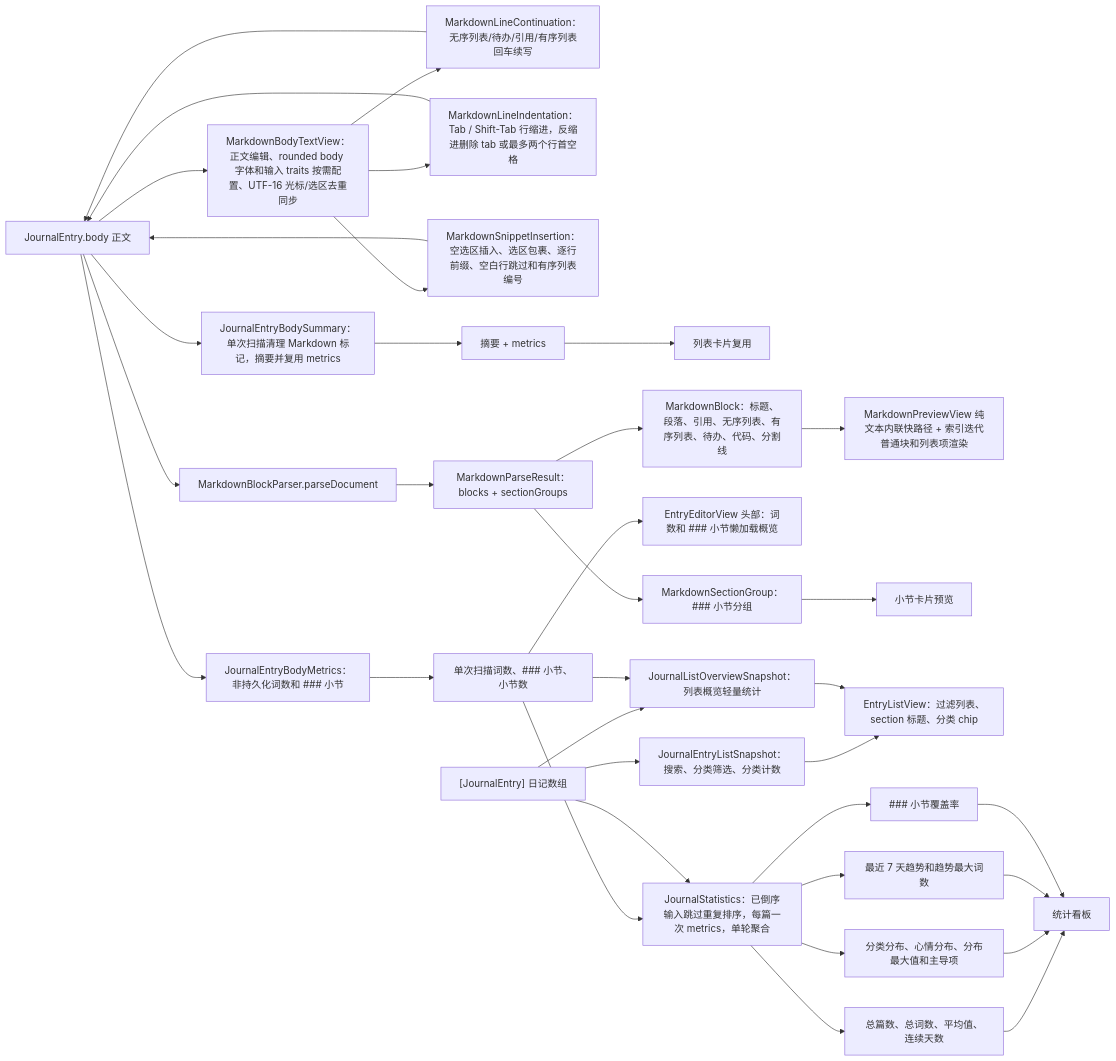
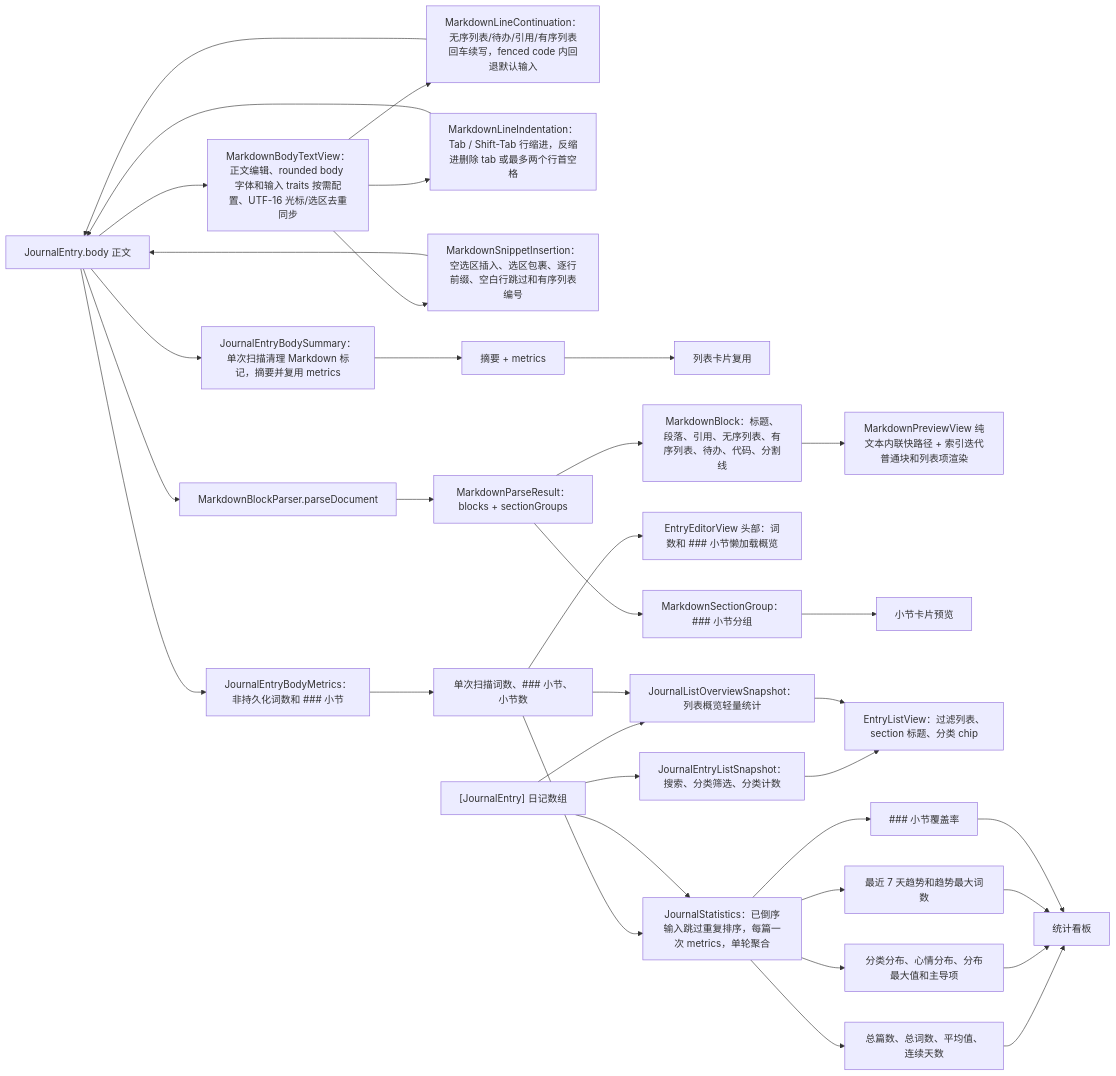
One commit to Altman-sam114/117 changed the fourth of 6 diagrams in md/flow/flowchart.md. Above: the diagram before and after it, drawn with Mermaid. The commit also changed other lines of this file and 8 other files, not shown here.

````diff
--- a/md/flow/flowchart.md
+++ b/md/flow/flowchart.md
@@ -121,37 +121,37 @@
 ```mermaid
 flowchart LR
   Body["JournalEntry.body 正文"] --> MetricsNode2["JournalEntryBodyMetrics：非持久化词数和 ### 小节"]
   Body --> Summary["JournalEntryBodySummary：单次扫描清理 Markdown 标记，摘要并复用 metrics"]
   Body --> BodyText["MarkdownBodyTextView：正文编辑、rounded body 字体和输入 traits 按需配置、UTF-16 光标/选区去重同步"]
-  BodyText --> ContinueRule["MarkdownLineContinuation：无序列表/待办/引用/有序列表回车续写"]
+  BodyText --> ContinueRule["MarkdownLineContinuation：无序列表/待办/引用/有序列表回车续写，fenced code 内回退默认输入"]
   ContinueRule --> Body
   BodyText --> IndentRule["MarkdownLineIndentation：Tab / Shift-Tab 行缩进，反缩进删除 tab 或最多两个行首空格"]
   IndentRule --> Body
   BodyText --> InsertRule["MarkdownSnippetInsertion：空选区插入、选区包裹、逐行前缀、空白行跳过和有序列表编号"]
   InsertRule --> Body
   MetricsNode2 --> MetricsData["单次扫描词数、### 小节、小节数"]
   Summary --> Excerpt["摘要 + metrics"]
   Excerpt --> RowEditor["列表卡片复用"]
   MetricsData --> Statistics["JournalStatistics：已倒序输入跳过重复排序，每篇一次 metrics，单轮聚合"]
   MetricsData --> EditorHeader["EntryEditorView 头部：词数和 ### 小节懒加载概览"]
   Body --> Parse["MarkdownBlockParser.parseDocument"]
   Parse --> Result["MarkdownParseResult：blocks + sectionGroups"]
   Result --> Blocks["MarkdownBlock：标题、段落、引用、无序列表、有序列表、待办、代码、分割线"]
   Blocks --> Preview["MarkdownPreviewView 纯文本内联快路径 + 索引迭代普通块和列表项渲染"]
   Result --> Sections["MarkdownSectionGroup：### 小节分组"]
   Sections --> SectionPreview["小节卡片预览"]
   Entries["[JournalEntry] 日记数组"] --> Statistics
   Entries --> ListSnapshot2["JournalEntryListSnapshot：搜索、分类筛选、分类计数"]
   ListSnapshot2 --> ListView["EntryListView：过滤列表、section 标题、分类 chip"]
   Entries --> ListOverview2["JournalListOverviewSnapshot：列表概览轻量统计"]
   MetricsData --> ListOverview2
   ListOverview2 --> ListView
   Statistics --> Metrics["总篇数、总词数、平均值、连续天数"]
   Statistics --> Distributions["分类分布、心情分布、分布最大值和主导项"]
   Statistics --> Trend["最近 7 天趋势和趋势最大词数"]
   Statistics --> Coverage["### 小节覆盖率"]
   Metrics --> Dashboard["统计看板"]
   Distributions --> Dashboard
   Trend --> Dashboard
   Coverage --> Dashboard
 ```
````
